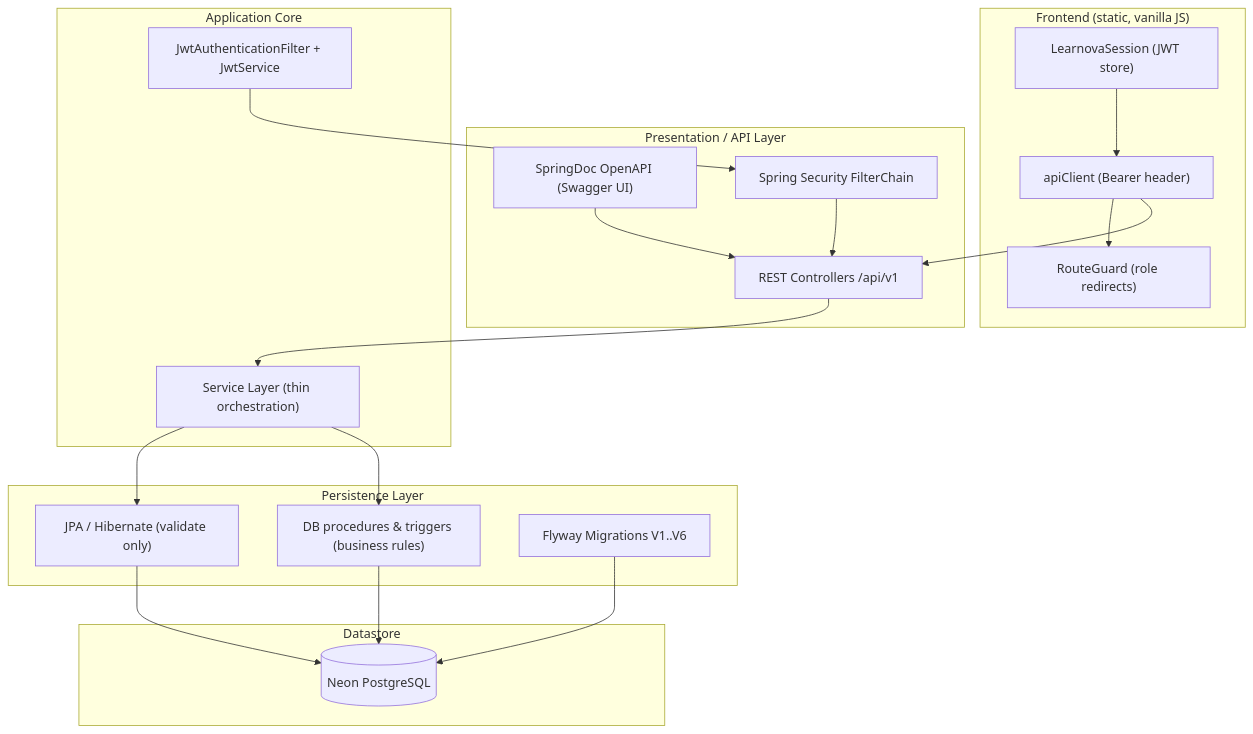
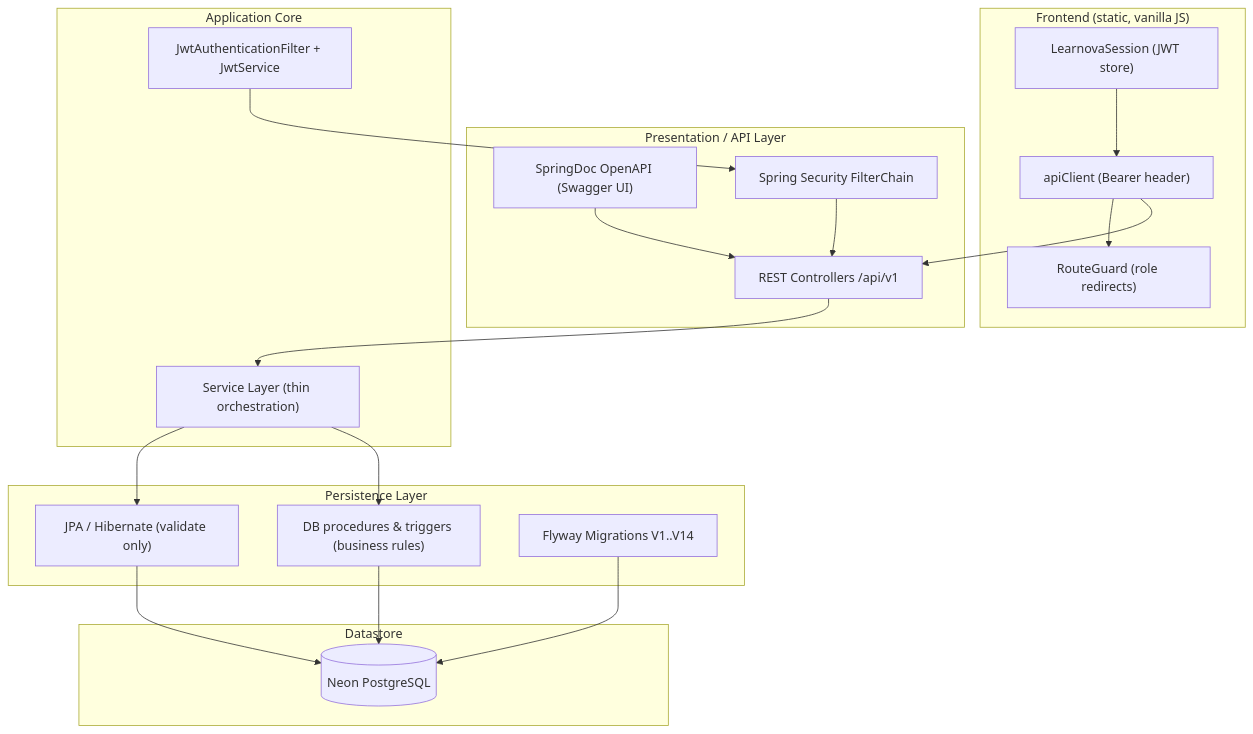
One commit to saika-sarara/DBMS-2-Project changed the first of 11 diagrams in Learnova/docs/ARCHITECTURE.md. Above: the diagram before and after it, drawn with Mermaid. The commit also changed other lines of this file and 300 other files, not shown here.

````diff
--- a/Learnova/docs/ARCHITECTURE.md
+++ b/Learnova/docs/ARCHITECTURE.md
@@ -26,42 +26,42 @@
 ```mermaid
 flowchart TB
     subgraph FE["Frontend (static, vanilla JS)"]
         SESSION["LearnovaSession (JWT store)"]
         API["apiClient (Bearer header)"]
         GUARD["RouteGuard (role redirects)"]
     end
 
     subgraph API_["Presentation / API Layer"]
         CTRL["REST Controllers /api/v1"]
         OAS["SpringDoc OpenAPI (Swagger UI)"]
         SEC["Spring Security FilterChain"]
     end
 
     subgraph CORE["Application Core"]
         JWT["JwtAuthenticationFilter + JwtService"]
         SVC["Service Layer (thin orchestration)"]
     end
 
     subgraph PERS["Persistence Layer"]
         JPA["JPA / Hibernate (validate only)"]
         DBZ["DB procedures & triggers (business rules)"]
-        FLY["Flyway Migrations V1..V6"]
+        FLY["Flyway Migrations V1..V14"]
     end
 
     subgraph DATA["Datastore"]
         PG[("Neon PostgreSQL")]
     end
 
     SESSION --> API
     API --> GUARD
     API --> CTRL
     OAS --> CTRL
     SEC --> CTRL
     JWT --> SEC
     CTRL --> SVC
     SVC --> JPA
     SVC --> DBZ
     JPA --> PG
     DBZ --> PG
     FLY --> PG
 ```
````
